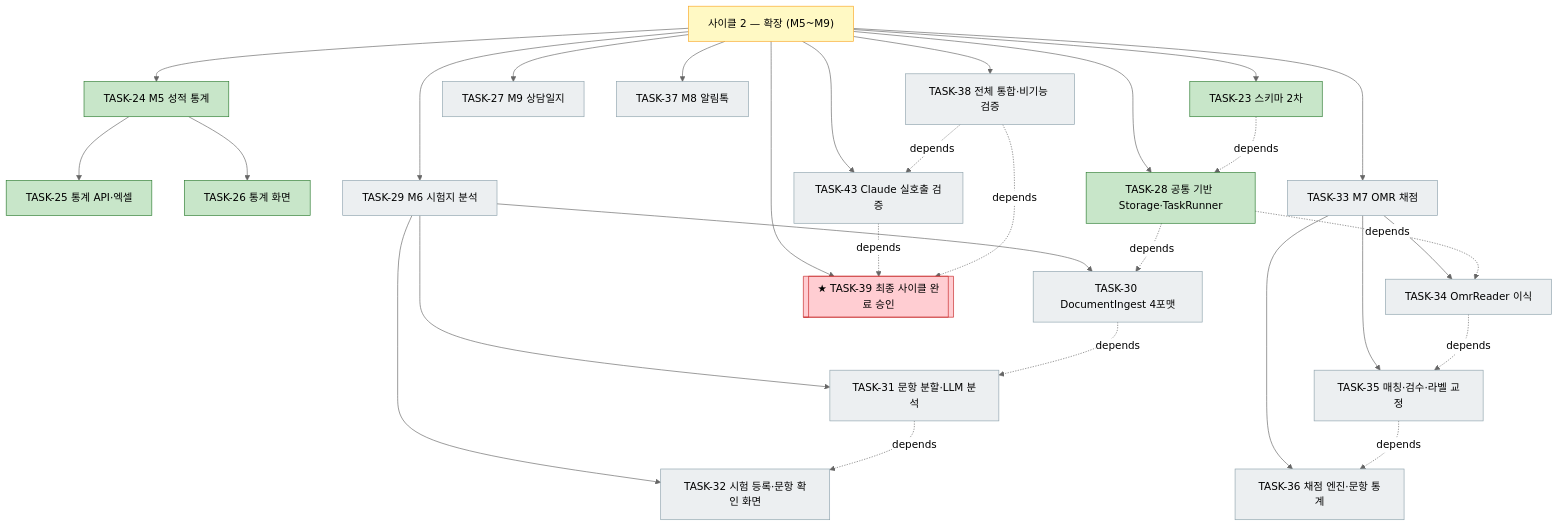
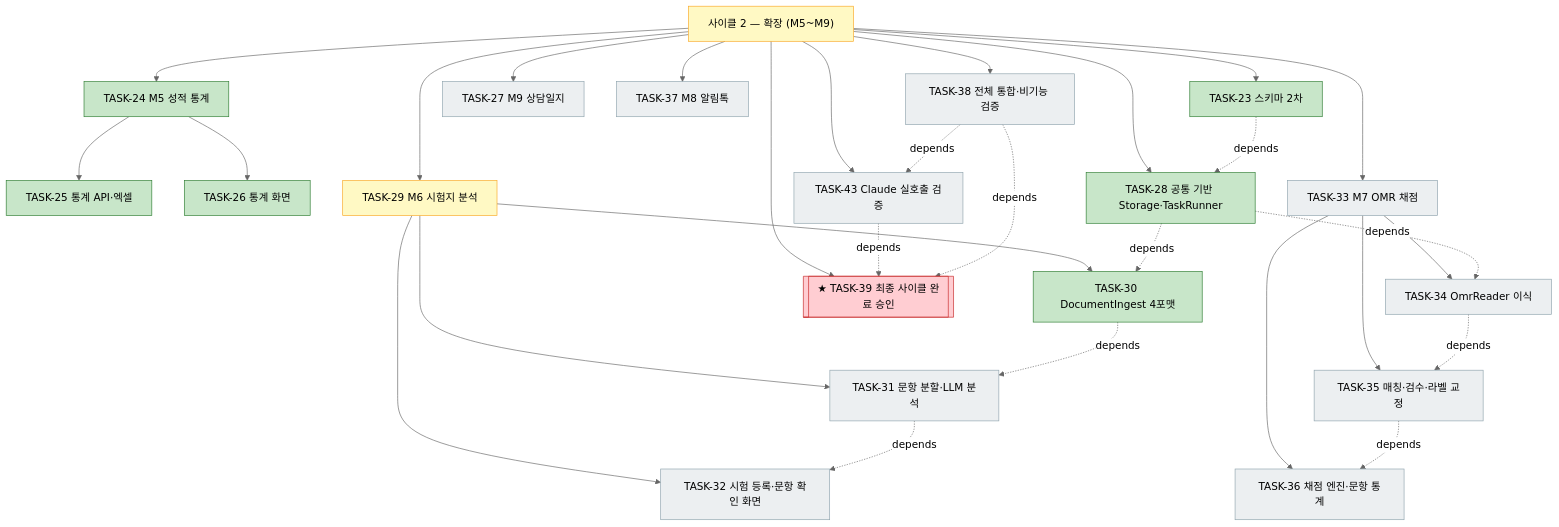
One commit to bluesky5008/mathdesk changed the third of 4 diagrams in docs/plan.md. Above: the diagram before and after it, drawn with Mermaid (neutral theme). The commit also changed other lines of this file and 8 other files, not shown here.

First line of the commit message:
feat(api): TASK-30 DocumentIngest 4포맷 정규화

````diff
--- a/docs/plan.md
+++ b/docs/plan.md
@@ -184,36 +184,36 @@
 ```mermaid
 flowchart TD
     C2["사이클 2 — 확장 (M5~M9)"]:::active
     C2 --> T23["TASK-23 스키마 2차"]:::done
     C2 --> T24["TASK-24 M5 성적 통계"]:::done
     T24 --> T25["TASK-25 통계 API·엑셀"]:::done
     T24 --> T26["TASK-26 통계 화면"]:::done
     C2 --> T27["TASK-27 M9 상담일지"]:::todo
     C2 --> T28["TASK-28 공통 기반 Storage·TaskRunner"]:::done
-    C2 --> T29["TASK-29 M6 시험지 분석"]:::todo
-    T29 --> T30["TASK-30 DocumentIngest 4포맷"]:::todo
+    C2 --> T29["TASK-29 M6 시험지 분석"]:::active
+    T29 --> T30["TASK-30 DocumentIngest 4포맷"]:::done
     T29 --> T31["TASK-31 문항 분할·LLM 분석"]:::todo
     T29 --> T32["TASK-32 시험 등록·문항 확인 화면"]:::todo
     C2 --> T33["TASK-33 M7 OMR 채점"]:::todo
     T33 --> T34["TASK-34 OmrReader 이식"]:::todo
     T33 --> T35["TASK-35 매칭·검수·라벨 교정"]:::todo
     T33 --> T36["TASK-36 채점 엔진·문항 통계"]:::todo
     C2 --> T37["TASK-37 M8 알림톡"]:::todo
     C2 --> T38["TASK-38 전체 통합·비기능 검증"]:::todo
     C2 --> T43["TASK-43 Claude 실호출 검증"]:::todo
     C2 --> T39[["★ TASK-39 최종 사이클 완료 승인"]]:::gate
     T23 -. depends .-> T28
     T28 -. depends .-> T30
     T30 -. depends .-> T31
     T31 -. depends .-> T32
     T28 -. depends .-> T34
     T34 -. depends .-> T35
     T35 -. depends .-> T36
     T38 -. depends .-> T43
     T43 -. depends .-> T39
     T38 -. depends .-> T39
     classDef done fill:#c8e6c9,stroke:#2e7d32
     classDef active fill:#fff9c4,stroke:#f9a825
     classDef todo fill:#eceff1,stroke:#90a4ae
     classDef gate fill:#ffcdd2,stroke:#c62828
 ```
````
